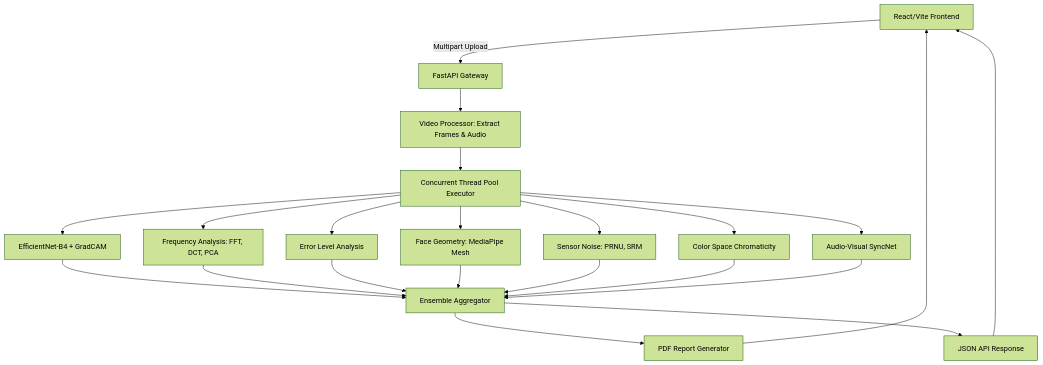
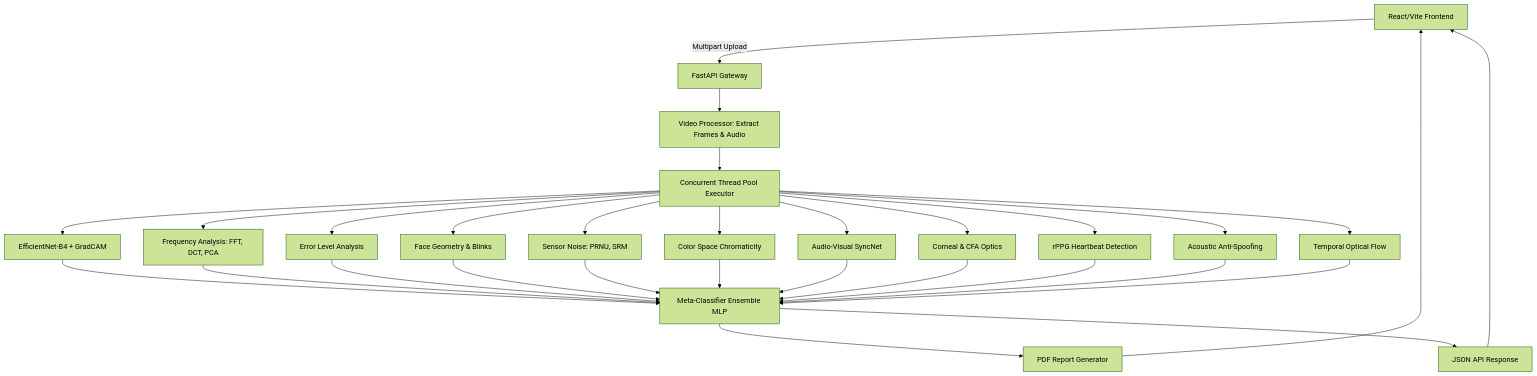
The diagram in README.md (saksham-dev07/Deepfake-Forensics-with-Explainable-AI), drawn with Mermaid (forest theme) before and after one commit. The commit also changed other lines of this file and 44 other files, not shown here.

````diff
--- a/README.md
+++ b/README.md
@@ -137,28 +152,36 @@
 ```mermaid
 graph TD
     UI[React/Vite Frontend] -->|Multipart Upload| API[FastAPI Gateway]
     API --> VP[Video Processor: Extract Frames & Audio]
     VP --> TP[Concurrent Thread Pool Executor]
     
     TP --> NN[EfficientNet-B4 + GradCAM]
     TP --> FA[Frequency Analysis: FFT, DCT, PCA]
     TP --> ELA[Error Level Analysis]
-    TP --> GEO[Face Geometry: MediaPipe Mesh]
+    TP --> GEO[Face Geometry & Blinks]
     TP --> NOISE[Sensor Noise: PRNU, SRM]
     TP --> COLOR[Color Space Chromaticity]
     TP --> SYNC[Audio-Visual SyncNet]
+    TP --> OPTIC[Corneal & CFA Optics]
+    TP --> PHYS[rPPG Heartbeat Detection]
+    TP --> VOICE[Acoustic Anti-Spoofing]
+    TP --> FLOW[Temporal Optical Flow]
     
-    NN --> AGG[Ensemble Aggregator]
+    NN --> AGG[Meta-Classifier Ensemble MLP]
     FA --> AGG
     ELA --> AGG
     GEO --> AGG
     NOISE --> AGG
     COLOR --> AGG
     SYNC --> AGG
+    OPTIC --> AGG
+    PHYS --> AGG
+    VOICE --> AGG
+    FLOW --> AGG
     
     AGG --> PDF[PDF Report Generator]
     AGG --> JSON[JSON API Response]
     
     JSON --> UI
     PDF --> UI
 ```
````
